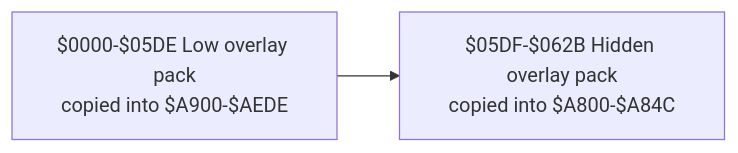
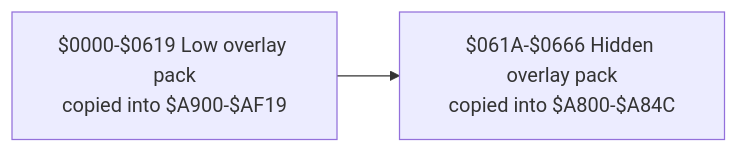
Before and after one commit to 123Onetwothree123/6502: the third of 8 diagrams in src/apps/readybasic/READYBASIC_LIFECYCLE_AND_REU_ARCHITECTURE.md, drawn with Mermaid. The commit also changed other lines of this file and 14 other files, not shown here.

````diff
--- a/src/apps/readybasic/READYBASIC_LIFECYCLE_AND_REU_ARCHITECTURE.md
+++ b/src/apps/readybasic/READYBASIC_LIFECYCLE_AND_REU_ARCHITECTURE.md
@@ -177,6 +258,6 @@
 ```mermaid
 flowchart LR
-  LP["$0000-$05DE Low overlay pack<br/>copied into $A900-$AEDE"]
-  HP["$05DF-$062B Hidden overlay pack<br/>copied into $A800-$A84C"]
+  LP["$0000-$0619 Low overlay pack<br/>copied into $A900-$AF19"]
+  HP["$061A-$0666 Hidden overlay pack<br/>copied into $A800-$A84C"]
   LP --> HP
 ```
````
